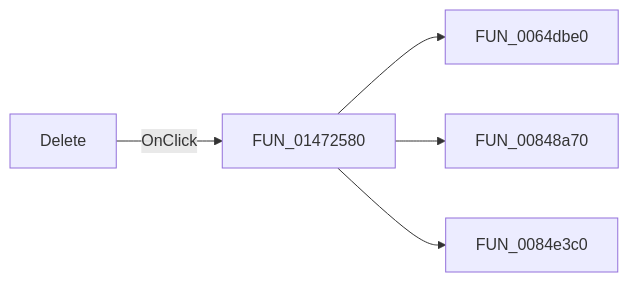
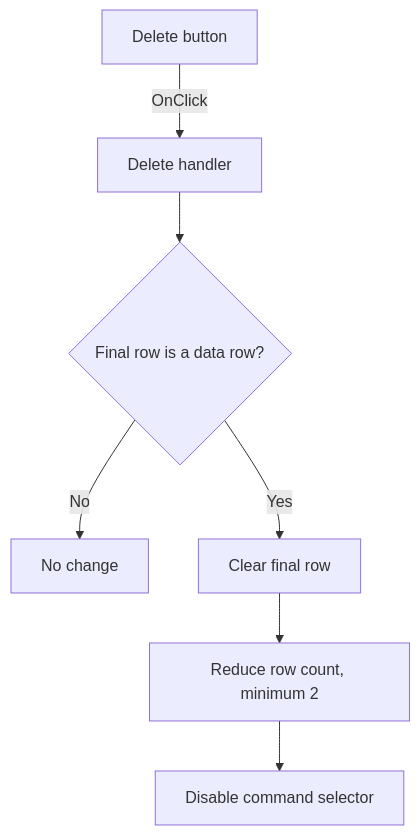
Before and after one commit to MovGP0/TIARA: the diagram in docs/ui-controls/spicecommandeditor/btndelete-f5ea57db0f.md, drawn with Mermaid. The commit also changed other lines of this file and 1062 other files, not shown here.

````diff
--- a/docs/ui-controls/spicecommandeditor/btndelete-f5ea57db0f.md
+++ b/docs/ui-controls/spicecommandeditor/btndelete-f5ea57db0f.md
@@ -27,7 +27,9 @@
 ```mermaid
-flowchart LR
-    control["Delete"] -->|OnClick| handler["FUN_01472580"]
-    handler --> call1["FUN_0064dbe0"]
-    handler --> call2["FUN_00848a70"]
-    handler --> call3["FUN_0084e3c0"]
+flowchart TD
+    control["Delete button"] -->|"OnClick"| handler["Delete handler"]
+    handler --> available{"Final row is a data row?"}
+    available -->|"No"| noOp["No change"]
+    available -->|"Yes"| clear["Clear final row"]
+    clear --> resize["Reduce row count, minimum 2"]
+    resize --> disable["Disable command selector"]
 ```
````
